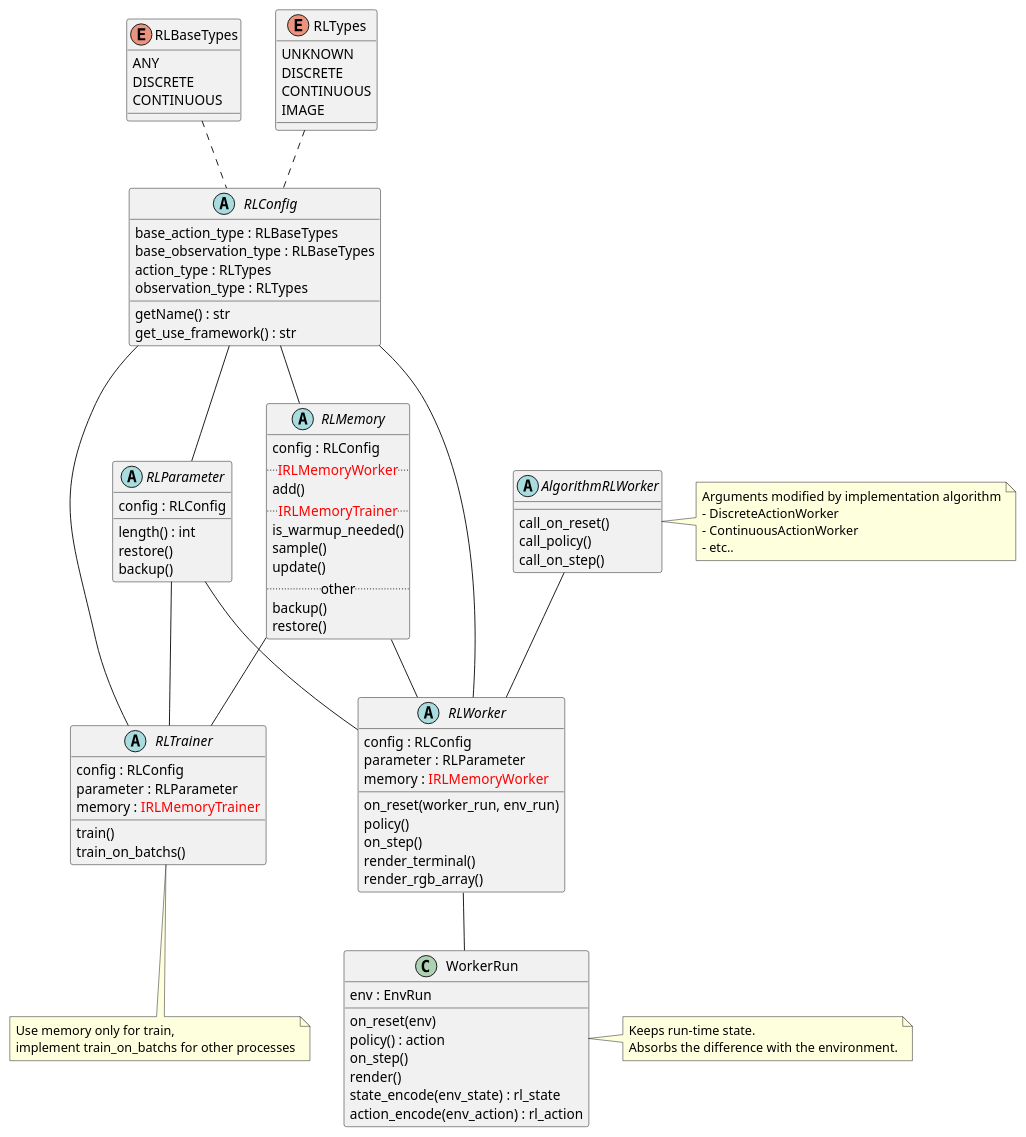
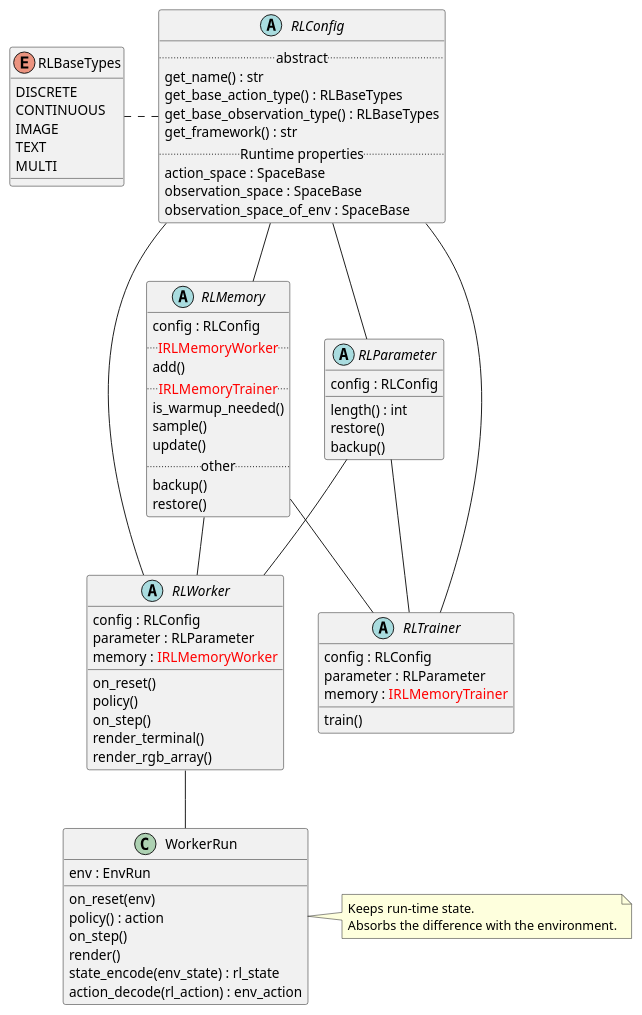
Before and after one commit to pocokhc/simple_distributed_rl: the diagram in diagrams/class_rl.pu, drawn with PlantUML. The commit also changed 3 other files, not shown here.

Commit message:
[diagrams] update

```diff
--- a/diagrams/class_rl.pu
+++ b/diagrams/class_rl.pu
@@ -1,117 +1,91 @@
 @startuml class_rl
 
 enum RLBaseTypes {
-    ANY
-    DISCRETE
-    CONTINUOUS
-}
-enum RLTypes {
-    UNKNOWN
     DISCRETE
     CONTINUOUS
     IMAGE
+    TEXT
+    MULTI
 }
-
 
 class WorkerRun {
     env : EnvRun
     on_reset(env)
     policy() : action
     on_step()
     render()
     state_encode(env_state) : rl_state
-    action_encode(env_action) : rl_action
+    action_decode(rl_action) : env_action
 }
 note "Keeps run-time state.\nAbsorbs the difference with the environment." as WorkerRunMemo
 WorkerRun . WorkerRunMemo
 
 
 abstract RLWorker {
     config : RLConfig
     parameter : RLParameter
     memory : <color red>IRLMemoryWorker</color>
-    on_reset(worker_run, env_run)
+    on_reset()
     policy()
     on_step()
     render_terminal()
     render_rgb_array()
 }
 RLWorker -- WorkerRun
 
 
-abstract AlgorithmRLWorker {
-    call_on_reset()
-    call_policy()
-    call_on_step()
-}
-AlgorithmRLWorker -- RLWorker
-
-note as AlgorithmRLWorkerMemo
-Arguments modified by implementation algorithm
-- DiscreteActionWorker
-- ContinuousActionWorker
-- etc..
-end note
-AlgorithmRLWorker <|- AlgorithmRLWorkerMemo
-
-
 abstract RLTrainer {
     config : RLConfig
     parameter : RLParameter
     memory : <color red>IRLMemoryTrainer</color>
     train()
-    train_on_batchs()
 }
-note as RLTrainerMemo
-Use memory only for train,
-implement train_on_batchs for other processes
-end note
-RLTrainer <|-- RLTrainerMemo
-
 
 abstract RLMemory {
     config : RLConfig
     .. <color red>IRLMemoryWorker</color> ..
     add()
     .. <color red>IRLMemoryTrainer</color> ..
     is_warmup_needed()
     sample()
     update()
     .. other ..
     backup()
     restore()
 }
 
 
 abstract RLParameter {
     config : RLConfig
     length() : int
     restore()
     backup()
 }
 
 
 abstract RLConfig {
-    getName() : str
-    get_use_framework() : str
-    base_action_type : RLBaseTypes
-    base_observation_type : RLBaseTypes
-    action_type : RLTypes
-    observation_type : RLTypes
+    .. abstract ..
+    get_name() : str
+    get_base_action_type() : RLBaseTypes
+    get_base_observation_type() : RLBaseTypes
+    get_framework() : str
+    .. Runtime properties ..
+    action_space : SpaceBase
+    observation_space : SpaceBase
+    observation_space_of_env : SpaceBase
 }
 
 
-RLBaseTypes .. RLConfig
-RLTypes .. RLConfig
+RLBaseTypes . RLConfig
 
 RLConfig --- RLWorker
 RLConfig --- RLTrainer
 RLConfig -- RLParameter
 RLConfig -- RLMemory
 
 RLParameter -- RLWorker
 RLParameter -- RLTrainer
 RLMemory -- RLWorker
 RLMemory -- RLTrainer
 
 @enduml
```
